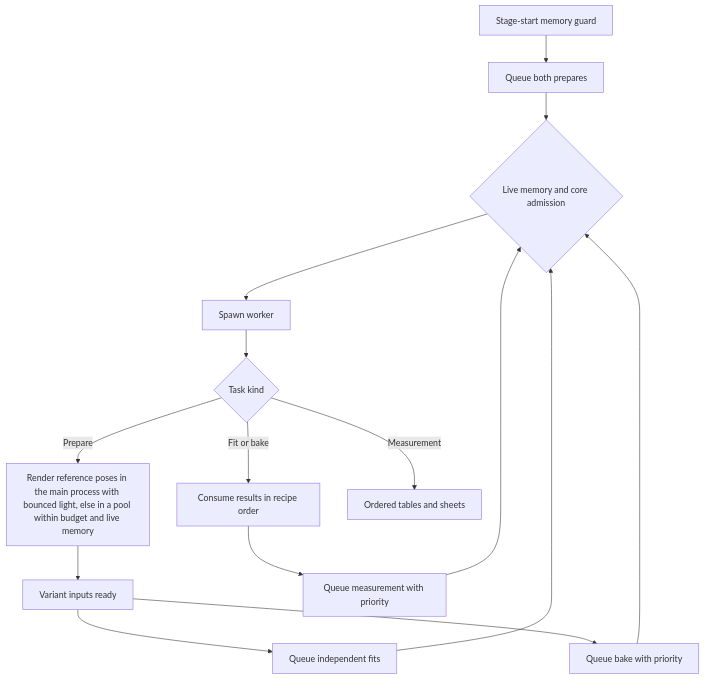
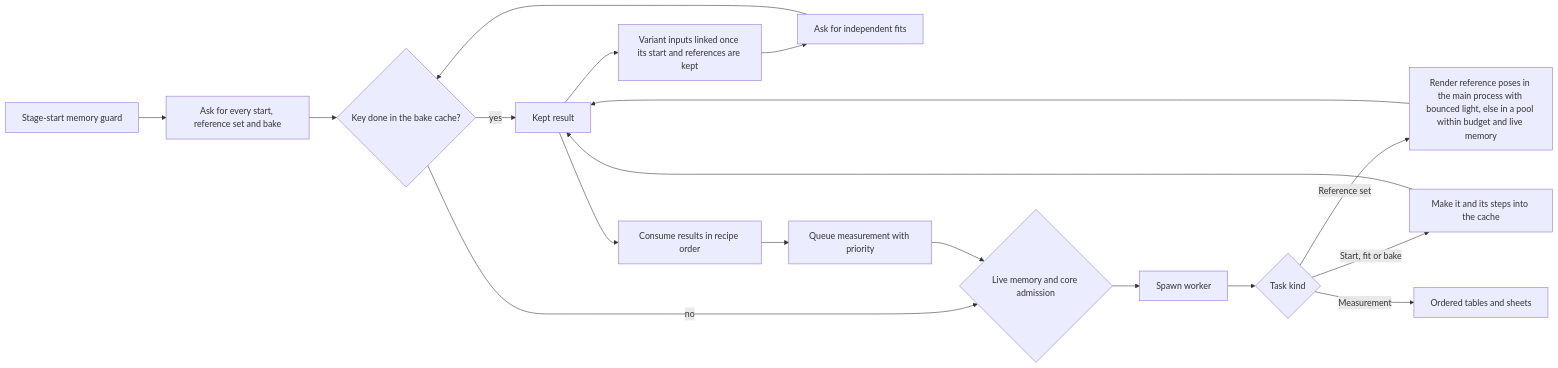
One commit to jose-villegas/autana changed the second of 3 diagrams in docs/tools/Render-Harness.md. Above: the diagram before and after it, drawn with Mermaid. The commit also changed other lines of this file and 4 other files, not shown here.

First line of the commit message:
doc images GPU stage: keep starts, reference sets, fits and bakes by key in the bake cache (autana-cofir)

````diff
--- a/docs/tools/Render-Harness.md
+++ b/docs/tools/Render-Harness.md
@@ -254,17 +270,20 @@
 ```mermaid
-flowchart TD
-    Start[Stage-start memory guard] --> Queue[Queue both prepares]
-    Queue --> Admission{Live memory and core admission}
+flowchart LR
+    Start[Stage-start memory guard] --> Ask[Ask for every start, reference set and bake]
+    Ask --> Kept{Key done in the bake cache?}
+    Kept -->|yes| Result[Kept result]
+    Kept -->|no| Admission{Live memory and core admission}
     Admission --> Worker[Spawn worker]
     Worker --> Kind{Task kind}
-    Kind -->|Prepare| Poses[Render reference poses in the main process with bounced light, else in a pool within budget and live memory]
-    Poses --> Ready[Variant inputs ready]
-    Ready --> Fits[Queue independent fits]
-    Fits --> Admission
-    Ready --> Bake[Queue bake with priority]
-    Bake --> Admission
-    Kind -->|Fit or bake| Ordered[Consume results in recipe order]
+    Kind -->|Reference set| Poses[Render reference poses in the main process with bounced light, else in a pool within budget and live memory]
+    Kind -->|Start, fit or bake| Made[Make it and its steps into the cache]
+    Poses --> Result
+    Made --> Result
+    Result --> Ready[Variant inputs linked once its start and references are kept]
+    Ready --> Fits[Ask for independent fits]
+    Fits --> Kept
+    Result --> Ordered[Consume results in recipe order]
     Ordered --> Measure[Queue measurement with priority]
     Measure --> Admission
     Kind -->|Measurement| Outputs[Ordered tables and sheets]
 ```
````
